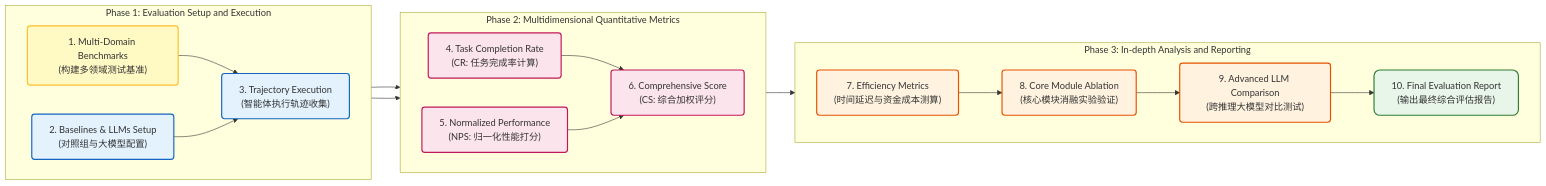
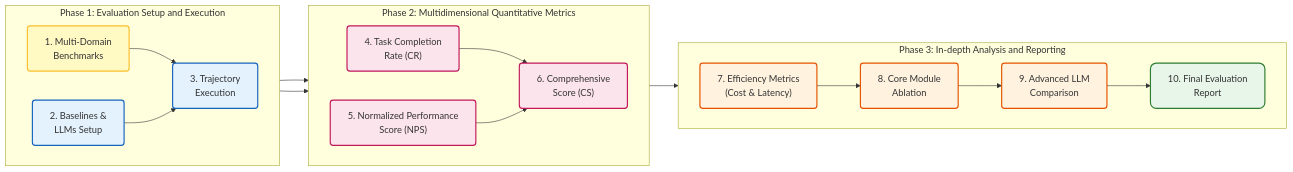
Before and after one commit to hhtrocket/HHT-Benchmark-dataset: the fifth of 5 diagrams in Literature Review/medical background AI agent evaluation.md, drawn with Mermaid.

Commit message:
Update medical background AI agent evaluation.md

````diff
--- a/Literature Review/medical background AI agent evaluation.md
+++ b/Literature Review/medical background AI agent evaluation.md
@@ -235,42 +235,42 @@
 ```mermaid
 graph LR
     classDef phase1 fill:#e3f2fd,stroke:#1565c0,stroke-width:2px,rx:5,ry:5;
     classDef phase2 fill:#fce4ec,stroke:#c2185b,stroke-width:2px,rx:5,ry:5;
     classDef phase3 fill:#fff3e0,stroke:#e65100,stroke-width:2px,rx:5,ry:5;
     classDef input fill:#fff9c4,stroke:#fbc02d,stroke-width:2px,rx:5,ry:5;
     classDef report fill:#e8f5e9,stroke:#2e7d32,stroke-width:2px,rx:10,ry:10;
 
     subgraph P1 [Phase 1: Evaluation Setup and Execution]
         direction LR
-        N1["1. Multi-Domain Benchmarks<br/>(构建多领域测试基准)"]:::input
-        N2["2. Baselines & LLMs Setup<br/>(对照组与大模型配置)"]:::phase1
-        N3["3. Trajectory Execution<br/>(智能体执行轨迹收集)"]:::phase1
+        N1["1. Multi-Domain<br/>Benchmarks"]:::input
+        N2["2. Baselines &<br/>LLMs Setup"]:::phase1
+        N3["3. Trajectory<br/>Execution"]:::phase1
         
         N1 --> N3
         N2 --> N3
     end
 
     subgraph P2 [Phase 2: Multidimensional Quantitative Metrics]
         direction LR
-        N4["4. Task Completion Rate<br/>(CR: 任务完成率计算)"]:::phase2
-        N5["5. Normalized Performance<br/>(NPS: 归一化性能打分)"]:::phase2
-        N6["6. Comprehensive Score<br/>(CS: 综合加权评分)"]:::phase2
+        N4["4. Task Completion<br/>Rate (CR)"]:::phase2
+        N5["5. Normalized Performance<br/>Score (NPS)"]:::phase2
+        N6["6. Comprehensive<br/>Score (CS)"]:::phase2
         
         N3 --> N4
         N3 --> N5
         N4 & N5 --> N6
     end
 
     subgraph P3 [Phase 3: In-depth Analysis and Reporting]
         direction LR
-        N7["7. Efficiency Metrics<br/>(时间延迟与资金成本测算)"]:::phase3
-        N8["8. Core Module Ablation<br/>(核心模块消融实验验证)"]:::phase3
-        N9["9. Advanced LLM Comparison<br/>(跨推理大模型对比测试)"]:::phase3
-        N10["10. Final Evaluation Report<br/>(输出最终综合评估报告)"]:::report
+        N7["7. Efficiency Metrics<br/>(Cost & Latency)"]:::phase3
+        N8["8. Core Module<br/>Ablation"]:::phase3
+        N9["9. Advanced LLM<br/>Comparison"]:::phase3
+        N10["10. Final Evaluation<br/>Report"]:::report
         
         N6 --> N7
         N7 --> N8
         N8 --> N9
         N9 --> N10
     end
 ```
````
